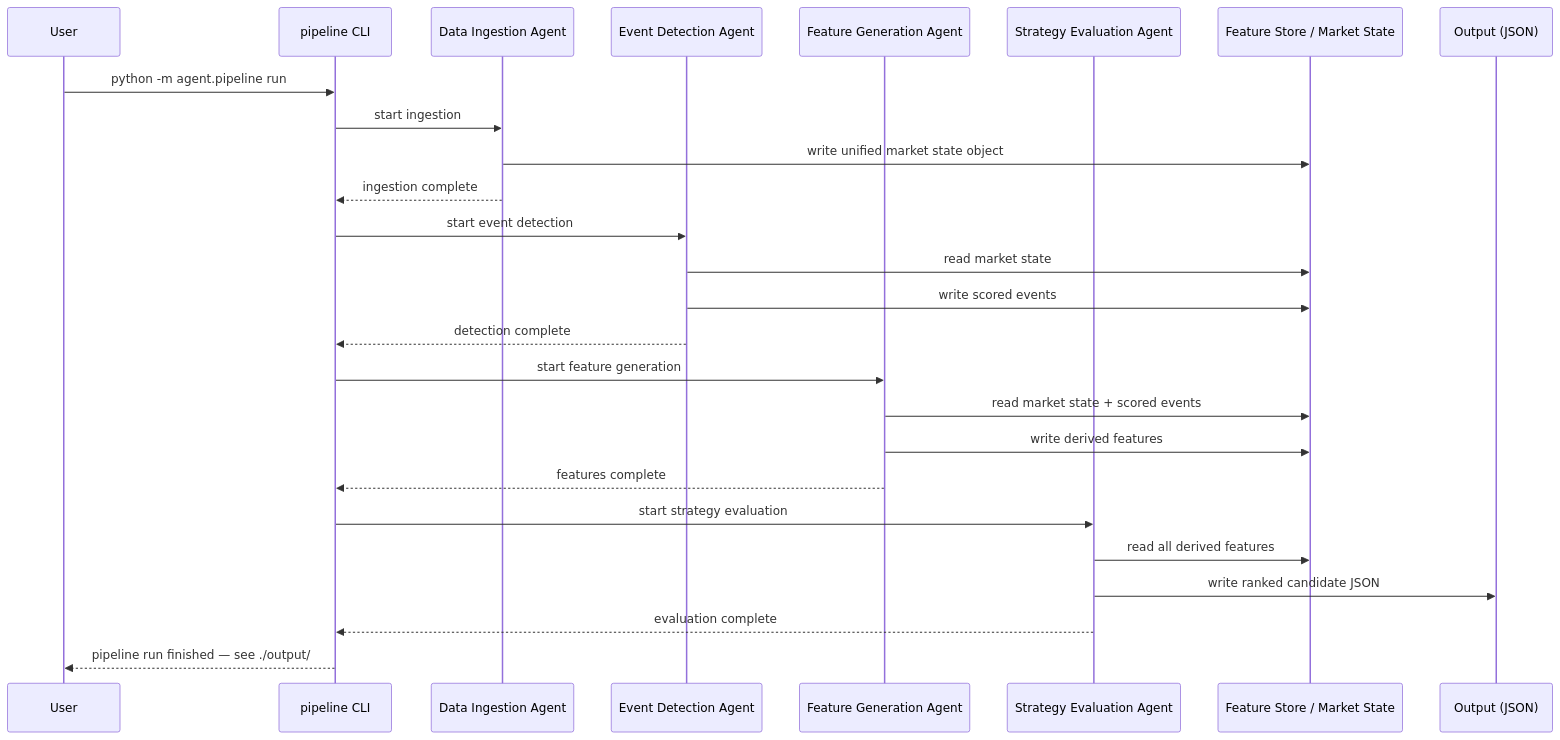
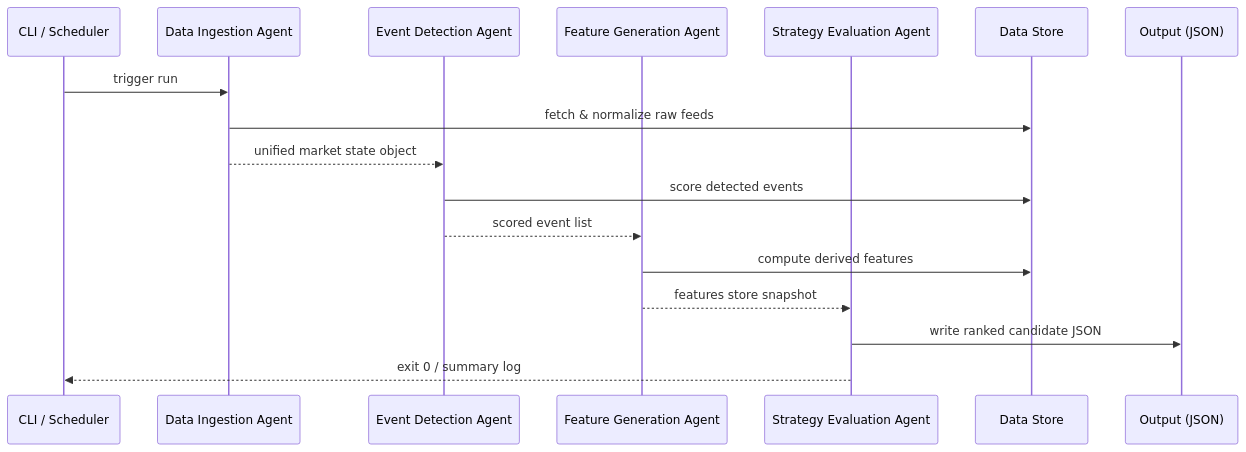
Before and after one commit to jeisenback/golden_boy_peanuts: the second of 2 diagrams in docs/generated/user_guide_full-pipeline.md, drawn with Mermaid. The commit also changed other lines of this file, not shown here.

Commit message:
docs: regenerate user guide [skip ci]

````diff
--- a/docs/generated/user_guide_full-pipeline.md
+++ b/docs/generated/user_guide_full-pipeline.md
@@ -222,29 +230,20 @@
 ```mermaid
 sequenceDiagram
-    participant User
-    participant CLI as pipeline CLI
+    participant CLI as CLI / Scheduler
     participant DIA as Data Ingestion Agent
     participant EDA as Event Detection Agent
     participant FGA as Feature Generation Agent
     participant SEA as Strategy Evaluation Agent
-    participant FS as Feature Store / Market State
-    participant OUT as Output (JSON)
+    participant Store as Data Store
+    participant Out as Output (JSON)
 
-    User->>CLI: python -m agent.pipeline run
-    CLI->>DIA: start ingestion
-    DIA->>FS: write unified market state object
-    DIA-->>CLI: ingestion complete
-    CLI->>EDA: start event detection
-    EDA->>FS: read market state
-    EDA->>FS: write scored events
-    EDA-->>CLI: detection complete
-    CLI->>FGA: start feature generation
-    FGA->>FS: read market state + scored events
-    FGA->>FS: write derived features
-    FGA-->>CLI: features complete
-    CLI->>SEA: start strategy evaluation
-    SEA->>FS: read all derived features
-    SEA->>OUT: write ranked candidate JSON
-    SEA-->>CLI: evaluation complete
-    CLI-->>User: pipeline run finished — see ./output/
+    CLI->>DIA: trigger run
+    DIA->>Store: fetch & normalize raw feeds
+    DIA-->>EDA: unified market state object
+    EDA->>Store: score detected events
+    EDA-->>FGA: scored event list
+    FGA->>Store: compute derived features
+    FGA-->>SEA: features store snapshot
+    SEA->>Out: write ranked candidate JSON
+    SEA-->>CLI: exit 0 / summary log
 ```
````
